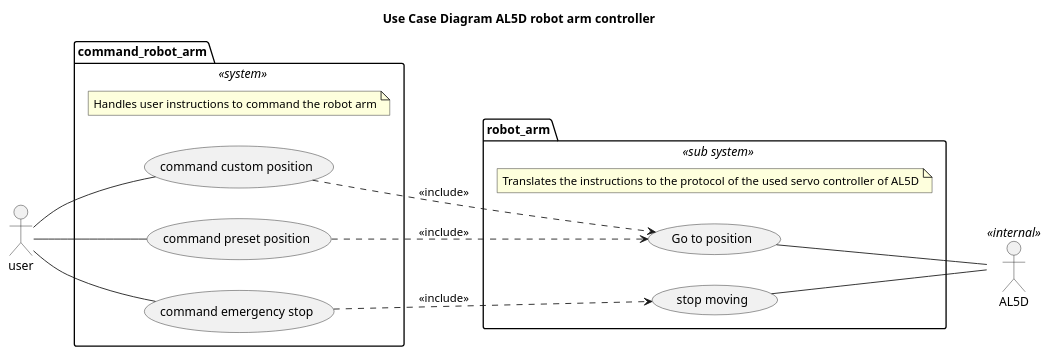
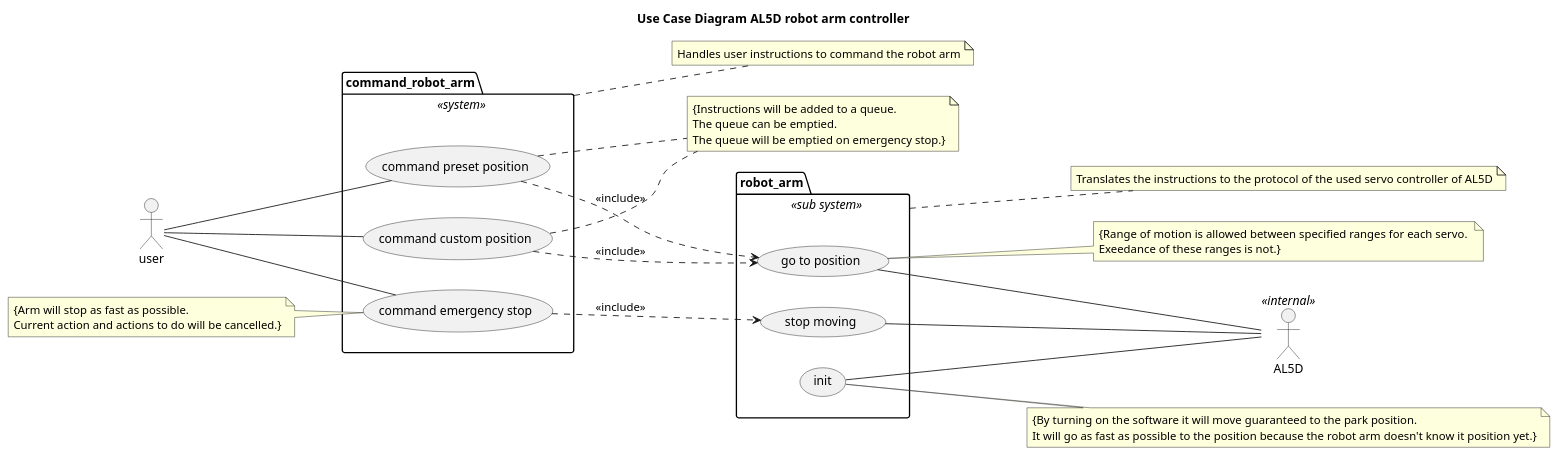
Before and after one commit to muisje/robot_arm_aansturing: the diagram in diagrams/ucd.plantuml, drawn with PlantUML.

Commit message:
added QoS to UCD

```diff
--- a/diagrams/ucd.plantuml
+++ b/diagrams/ucd.plantuml
@@ -1,23 +1,43 @@
 @startuml Use Case Diagram AL5D robot arm controller
+title Use Case Diagram AL5D robot arm controller
+
 left to right direction
 actor user
 actor AL5D <<internal>>
 
-title Use Case Diagram AL5D robot arm controller
+note "{Range of motion is allowed between specified ranges for each servo. \nExeedance of these ranges is not.}" AS note_QoS_SAFETY_range_of_motion
+note "{Arm will stop as fast as possible. \nCurrent action and actions to do will be cancelled.}" AS note_QoS_SAFETY_emergency_stop
+note "{By turning on the software it will move guaranteed to the park position. \nIt will go as fast as possible to the position because the robot arm doesn't know it position yet.}" AS note_QoS_SAFETY_init
+
+note "Handles user instructions to command the robot arm" AS note_command_robot_arm
+note "Translates the instructions to the protocol of the used servo controller of AL5D" AS note_robot_arm
+note "{Instructions will be added to a queue. \nThe queue can be emptied. \nThe queue will be emptied on emergency stop.}" AS note_QoS_EXTRA_queue
 
 package command_robot_arm <<system>> {
-    note "Handles user instructions to command the robot arm" AS note_1
     user -- (command custom position)
     user -- (command preset position)
     user -- (command emergency stop)
+
+    (command emergency stop) -up- note_QoS_SAFETY_emergency_stop
+
+    (command custom position) .- note_QoS_EXTRA_queue
+    (command preset position) .- note_QoS_EXTRA_queue
 }
 
+
 package robot_arm <<sub system>> {
-    note "Translates the instructions to the protocol of the used servo controller of AL5D" AS note_2
-    (command custom position) ..> (Go to position) : <<include>>
-    (command preset position) ..> (Go to position) : <<include>>
+    (command custom position) ..> (go to position) : <<include>>
+    (command preset position) ..> (go to position) : <<include>>
     (command emergency stop) ..> (stop moving) : <<include>>
-    (Go to position) -- AL5D
+    (go to position) -- AL5D
     (stop moving) -- AL5D
+    (init) -- AL5D
+
+    (init) -- note_QoS_SAFETY_init
+    (go to position) -- note_QoS_SAFETY_range_of_motion
 }
+
+command_robot_arm .- note_command_robot_arm
+robot_arm .- note_robot_arm
+
 @enduml
```
